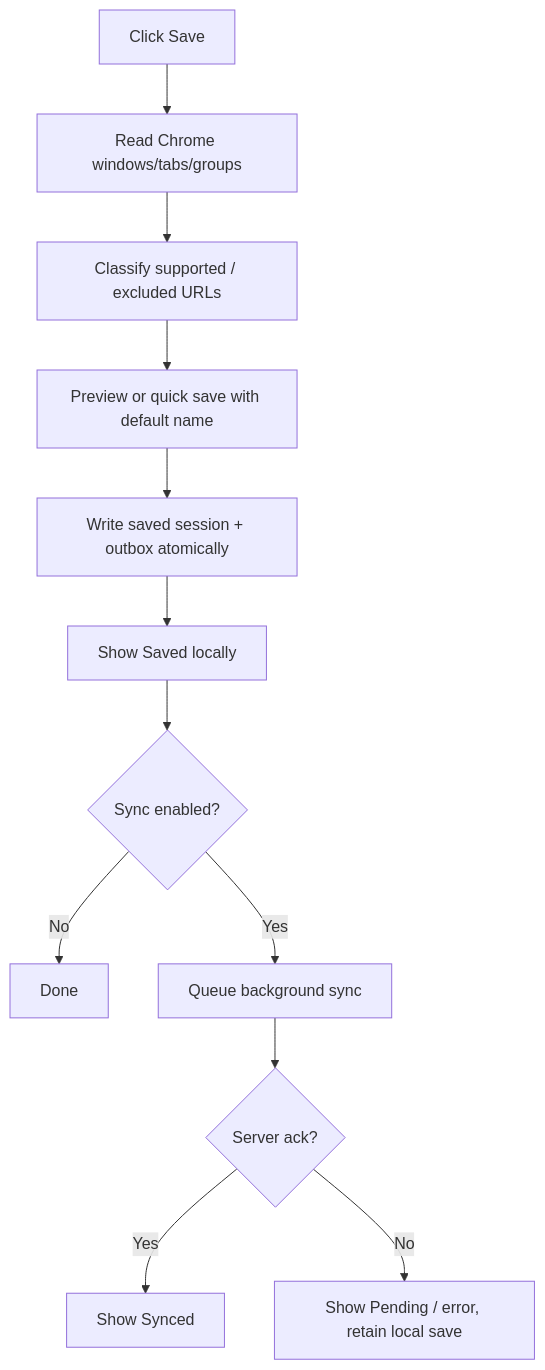
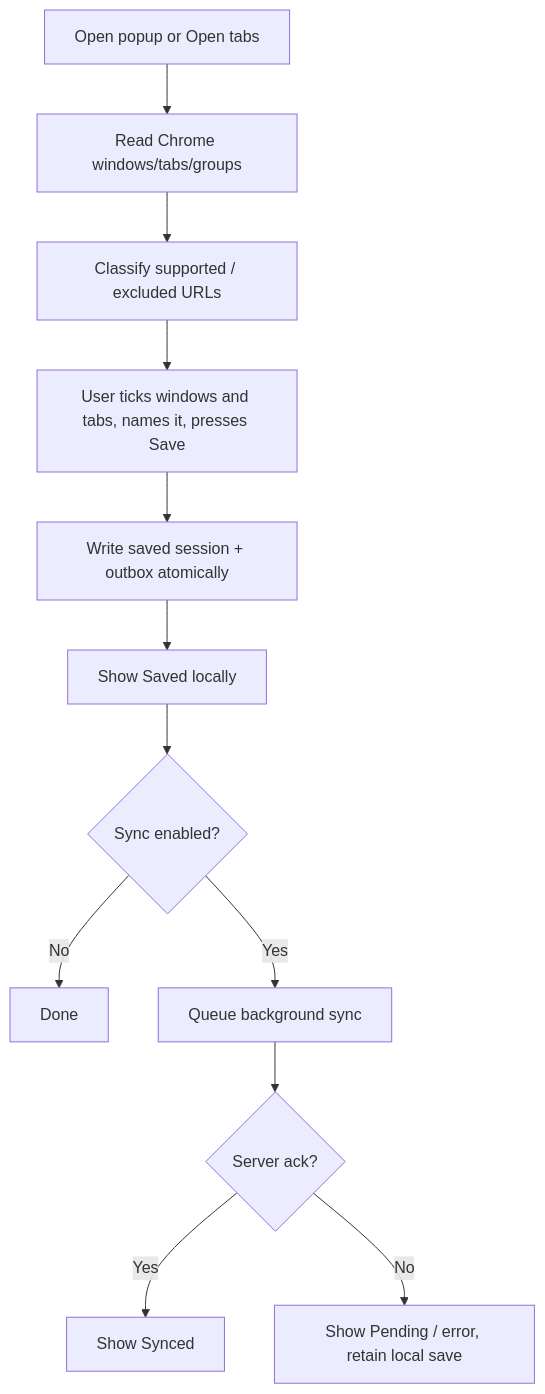
Before and after one commit to chrisgen19/sessionhub: the second of 5 diagrams in docs/USER_FLOWS.md, drawn with Mermaid. The commit also changed other lines of this file and 5 other files, not shown here.

````diff
--- a/docs/USER_FLOWS.md
+++ b/docs/USER_FLOWS.md
@@ -25,14 +27,14 @@
 ```mermaid
 flowchart TD
-  A[Click Save] --> B[Read Chrome windows/tabs/groups]
+  A[Open popup or Open tabs] --> B[Read Chrome windows/tabs/groups]
   B --> C[Classify supported / excluded URLs]
-  C --> D[Preview or quick save with default name]
+  C --> D[User ticks windows and tabs, names it, presses Save]
   D --> E[Write saved session + outbox atomically]
   E --> F[Show Saved locally]
   F --> G{Sync enabled?}
   G -- No --> H[Done]
   G -- Yes --> I[Queue background sync]
   I --> J{Server ack?}
   J -- Yes --> K[Show Synced]
   J -- No --> L[Show Pending / error, retain local save]
 ```
````
